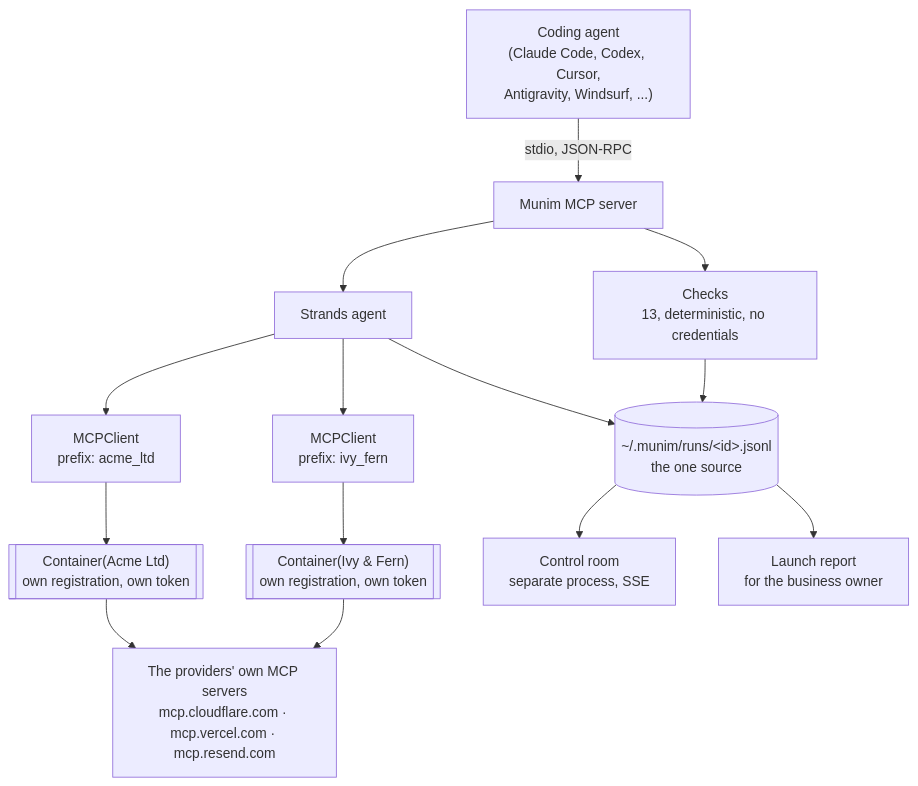
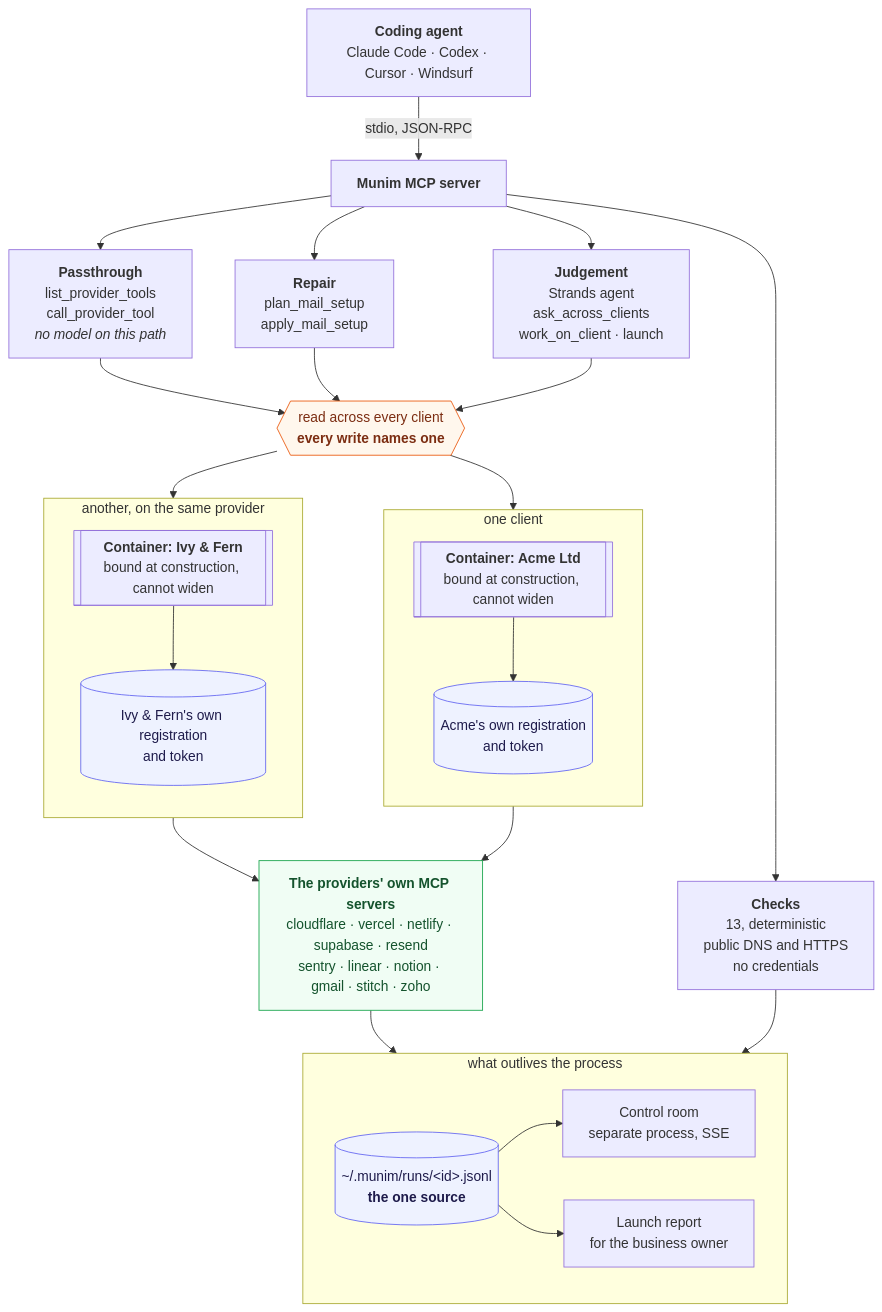
Before and after one commit to vishalsg42/munim: the diagram in docs/ARCHITECTURE.md, drawn with Mermaid. The commit also changed other lines of this file and 11 other files, not shown here.

````diff
--- a/docs/ARCHITECTURE.md
+++ b/docs/ARCHITECTURE.md
@@ -7,19 +7,51 @@
 ```mermaid
 flowchart TD
-    A["Coding agent<br/>(Claude Code, Codex, Cursor,<br/>Antigravity, Windsurf, ...)"] -->|stdio, JSON-RPC| B["Munim MCP server"]
+    A["<b>Coding agent</b><br/>Claude Code · Codex · Cursor · Windsurf"]
+    A -->|"stdio, JSON-RPC"| B["<b>Munim MCP server</b>"]
 
-    B --> F["Checks<br/>13, deterministic, no credentials"]
-    B --> G["Strands agent"]
+    B --> C["<b>Checks</b><br/>13, deterministic<br/>public DNS and HTTPS<br/>no credentials"]
+    B --> D["<b>Passthrough</b><br/>list_provider_tools<br/>call_provider_tool<br/><i>no model on this path</i>"]
+    B --> R["<b>Repair</b><br/>plan_mail_setup<br/>apply_mail_setup"]
+    B --> E["<b>Judgement</b><br/>Strands agent<br/>ask_across_clients<br/>work_on_client · launch"]
 
-    G --> S1["MCPClient<br/>prefix: acme_ltd"]
-    G --> S2["MCPClient<br/>prefix: ivy_fern"]
-    S1 --> K1[["Container(Acme Ltd)<br/>own registration, own token"]]
-    S2 --> K2[["Container(Ivy &amp; Fern)<br/>own registration, own token"]]
-    K1 --> P["The providers' own MCP servers<br/>mcp.cloudflare.com · mcp.vercel.com · mcp.resend.com"]
-    K2 --> P
+    D --> W
+    R --> W
+    E --> W
+    W{{"read across every client<br/><b>every write names one</b>"}}
 
-    G --> H[("~/.munim/runs/&lt;id&gt;.jsonl<br/>the one source")]
-    F --> H
-    H --> I["Control room<br/>separate process, SSE"]
-    H --> J["Launch report<br/>for the business owner"]
+    W --> K1
+    W --> K2
+
+    subgraph ACME ["one client"]
+        direction TB
+        K1[["<b>Container: Acme Ltd</b><br/>bound at construction, cannot widen"]]
+        K1 --> T1[("Acme's own registration<br/>and token")]
+    end
+
+    subgraph IVY ["another, on the same provider"]
+        direction TB
+        K2[["<b>Container: Ivy &amp; Fern</b><br/>bound at construction, cannot widen"]]
+        K2 --> T2[("Ivy &amp; Fern's own registration<br/>and token")]
+    end
+
+    T1 --> P
+    T2 --> P
+    P["<b>The providers' own MCP servers</b><br/>cloudflare · vercel · netlify · supabase · resend<br/>sentry · linear · notion · gmail · stitch · zoho"]
+
+    P --> H
+    C --> H
+
+    subgraph OBS ["what outlives the process"]
+        direction LR
+        H[("~/.munim/runs/&lt;id&gt;.jsonl<br/><b>the one source</b>")]
+        H --> I["Control room<br/>separate process, SSE"]
+        H --> J["Launch report<br/>for the business owner"]
+    end
+
+    classDef store fill:#eef2ff,stroke:#6366f1,color:#1e1b4b
+    classDef gate fill:#fff7ed,stroke:#ea580c,color:#7c2d12
+    classDef out fill:#f0fdf4,stroke:#16a34a,color:#14532d
+    class T1,T2,H store
+    class W gate
+    class P out
 ```
````
